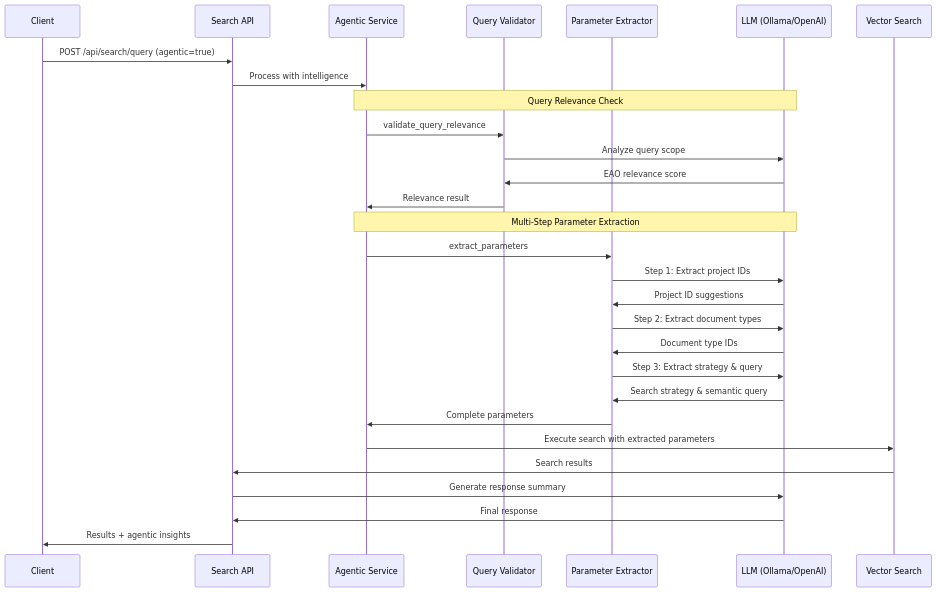
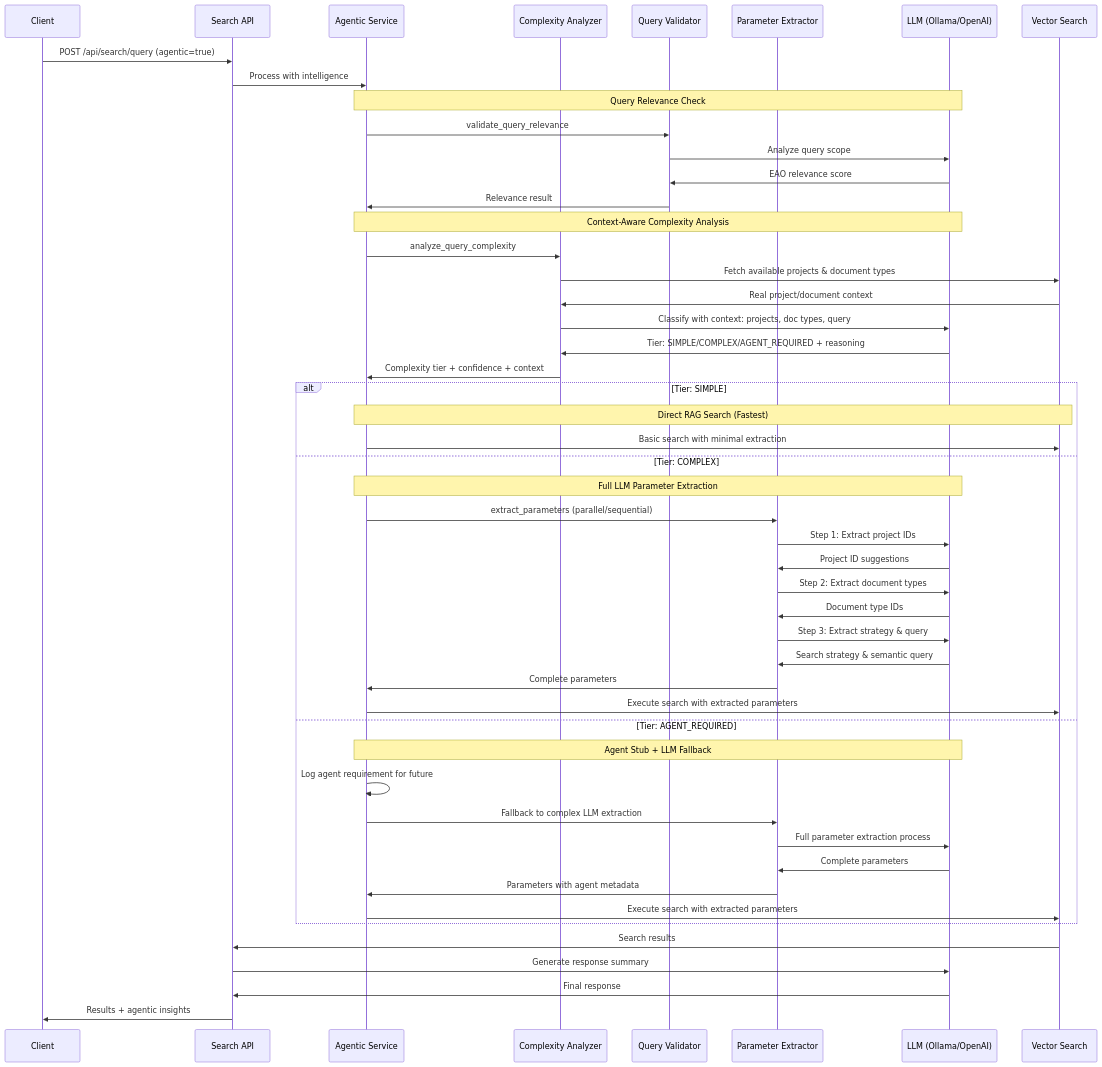
Before and after one commit to bcgov/EPIC.search: the third of 3 diagrams in search-api/DOCUMENTATION.md, drawn with Mermaid. The commit also changed other lines of this file and 11 other files, not shown here.

Commit message:
add query complexity check and agent stub

````diff
--- a/search-api/DOCUMENTATION.md
+++ b/search-api/DOCUMENTATION.md
@@ -91,35 +91,57 @@
 ```mermaid
 sequenceDiagram
     participant Client
     participant API as Search API
     participant Agentic as Agentic Service
+    participant Complexity as Complexity Analyzer
     participant Validator as Query Validator
     participant Extractor as Parameter Extractor
     participant LLM as LLM (Ollama/OpenAI)
     participant Vector as Vector Search
     
     Client->>API: POST /api/search/query (agentic=true)
     API->>Agentic: Process with intelligence
     
     Note over Agentic,LLM: Query Relevance Check
     Agentic->>Validator: validate_query_relevance
     Validator->>LLM: Analyze query scope
     LLM->>Validator: EAO relevance score
     Validator->>Agentic: Relevance result
     
-    Note over Agentic,LLM: Multi-Step Parameter Extraction
-    Agentic->>Extractor: extract_parameters
-    Extractor->>LLM: Step 1: Extract project IDs
-    LLM->>Extractor: Project ID suggestions
-    Extractor->>LLM: Step 2: Extract document types
-    LLM->>Extractor: Document type IDs
-    Extractor->>LLM: Step 3: Extract strategy & query
-    LLM->>Extractor: Search strategy & semantic query
-    Extractor->>Agentic: Complete parameters
+    Note over Agentic,LLM: Context-Aware Complexity Analysis
+    Agentic->>Complexity: analyze_query_complexity
+    Complexity->>Vector: Fetch available projects & document types
+    Vector->>Complexity: Real project/document context
+    Complexity->>LLM: Classify with context: projects, doc types, query
+    LLM->>Complexity: Tier: SIMPLE/COMPLEX/AGENT_REQUIRED + reasoning
+    Complexity->>Agentic: Complexity tier + confidence + context
     
-    Agentic->>Vector: Execute search with extracted parameters
+    alt Tier: SIMPLE
+        Note over Agentic,Vector: Direct RAG Search (Fastest)
+        Agentic->>Vector: Basic search with minimal extraction
+    else Tier: COMPLEX
+        Note over Agentic,LLM: Full LLM Parameter Extraction
+        Agentic->>Extractor: extract_parameters (parallel/sequential)
+        Extractor->>LLM: Step 1: Extract project IDs
+        LLM->>Extractor: Project ID suggestions
+        Extractor->>LLM: Step 2: Extract document types
+        LLM->>Extractor: Document type IDs
+        Extractor->>LLM: Step 3: Extract strategy & query
+        LLM->>Extractor: Search strategy & semantic query
+        Extractor->>Agentic: Complete parameters
+        Agentic->>Vector: Execute search with extracted parameters
+    else Tier: AGENT_REQUIRED
+        Note over Agentic,LLM: Agent Stub + LLM Fallback
+        Agentic->>Agentic: Log agent requirement for future
+        Agentic->>Extractor: Fallback to complex LLM extraction
+        Extractor->>LLM: Full parameter extraction process
+        LLM->>Extractor: Complete parameters
+        Extractor->>Agentic: Parameters with agent metadata
+        Agentic->>Vector: Execute search with extracted parameters
+    end
+    
     Vector->>API: Search results
     API->>LLM: Generate response summary
     LLM->>API: Final response
     API->>Client: Results + agentic insights
 ```
````
